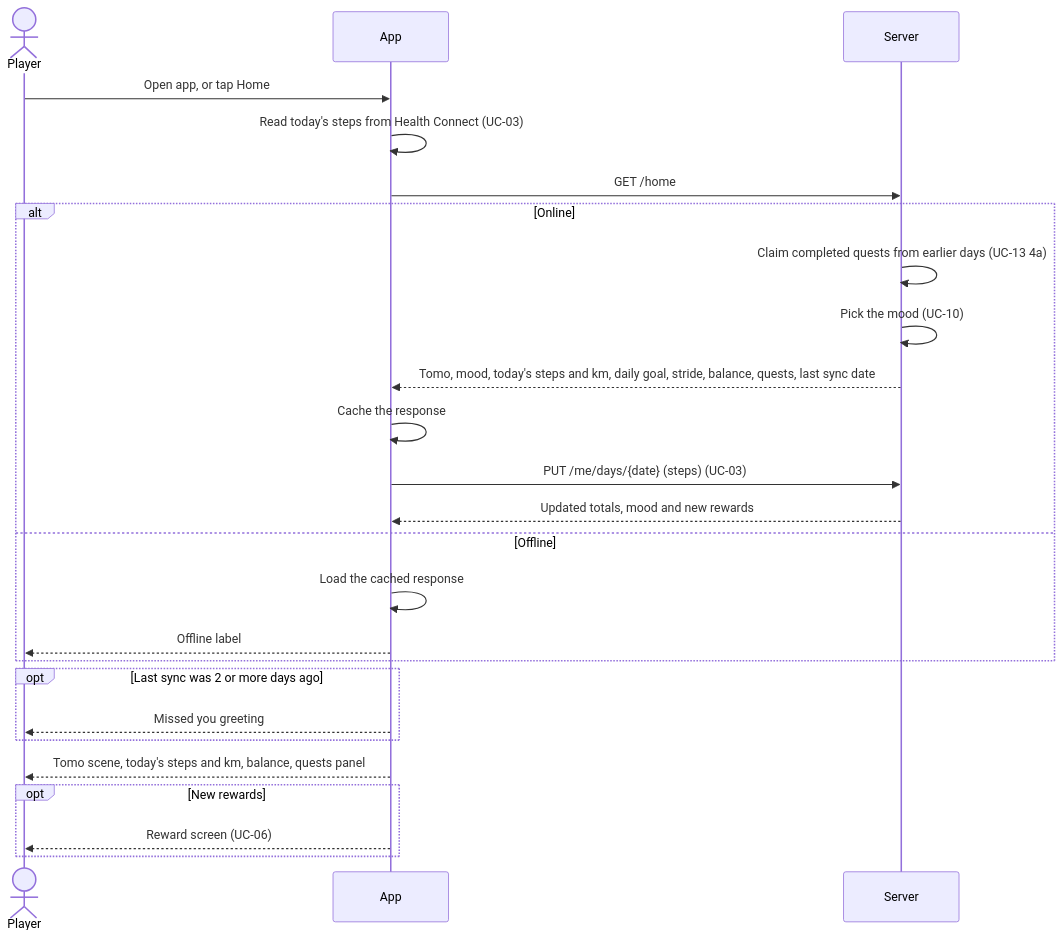
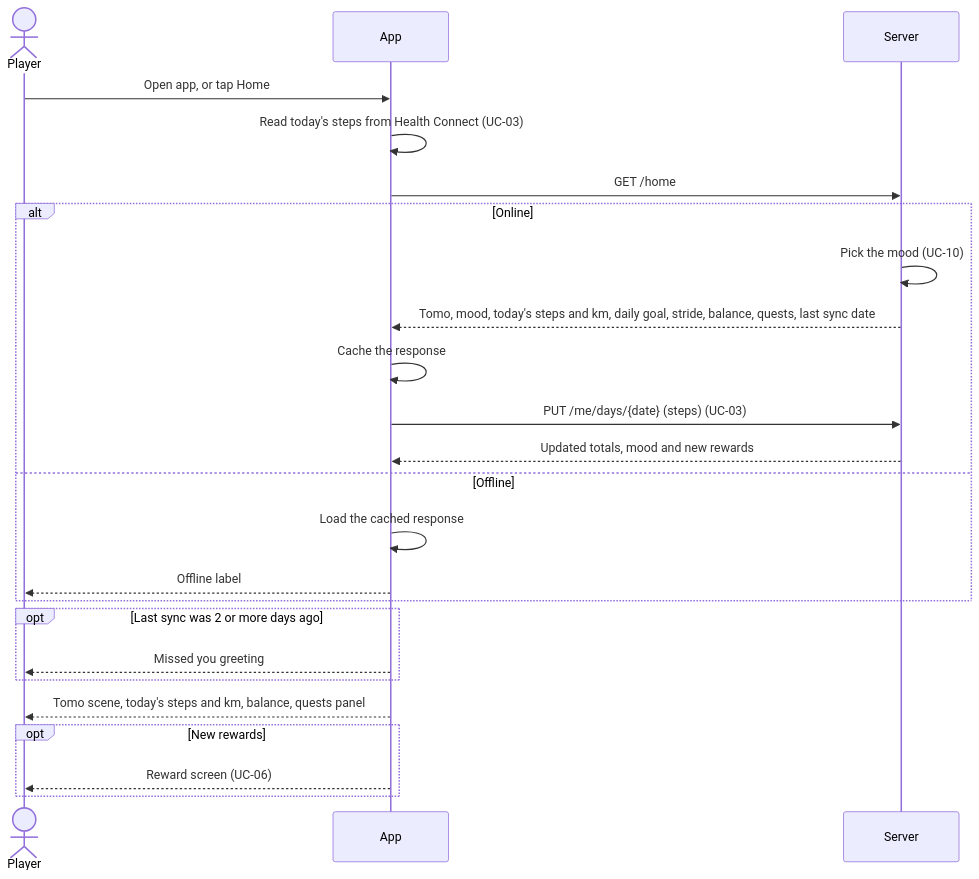
One commit to zhangs-tech/runtomo changed the diagram in docs/usecases/UC-08-view-home-screen.md. Above: the diagram before and after it, drawn with Mermaid. The commit also changed 2 other files, not shown here.

Commit message:
docs(usecases): require manual quest claims and remove auto-claim

````diff
--- a/docs/usecases/UC-08-view-home-screen.md
+++ b/docs/usecases/UC-08-view-home-screen.md
@@ -62,28 +62,27 @@
 ```mermaid
 sequenceDiagram
     actor P as Player
     participant A as App
     participant S as Server
 
     P->>A: Open app, or tap Home
     A->>A: Read today's steps from Health Connect (UC-03)
     A->>S: GET /home
     alt Online
-        S->>S: Claim completed quests from earlier days (UC-13 4a)
         S->>S: Pick the mood (UC-10)
         S-->>A: Tomo, mood, today's steps and km, daily goal, stride, balance, quests, last sync date
         A->>A: Cache the response
         A->>S: PUT /me/days/{date} (steps) (UC-03)
         S-->>A: Updated totals, mood and new rewards
     else Offline
         A->>A: Load the cached response
         A-->>P: Offline label
     end
     opt Last sync was 2 or more days ago
         A-->>P: Missed you greeting
     end
     A-->>P: Tomo scene, today's steps and km, balance, quests panel
     opt New rewards
         A-->>P: Reward screen (UC-06)
     end
 ```
````
